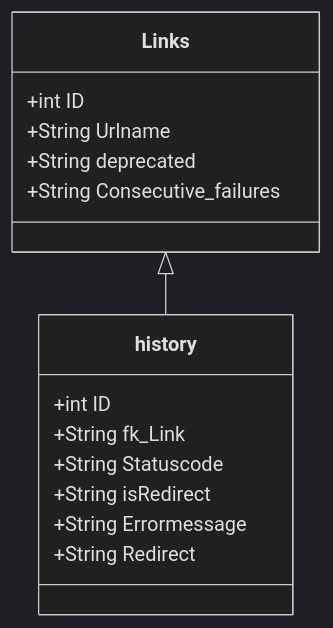
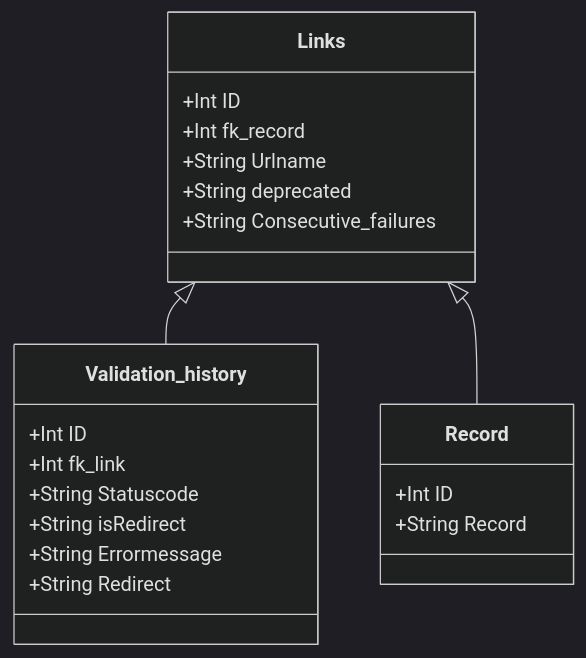
Before and after one commit to soilwise-he/link-liveliness-assessment: the second of 2 diagrams in design/linkchecker.md, drawn with Mermaid (dark theme). The commit also changed other lines of this file, not shown here.

````diff
--- a/design/linkchecker.md
+++ b/design/linkchecker.md
@@ -93,17 +93,22 @@
 ```mermaid
 classDiagram
-    Links <|-- history
-    Links : +int ID
+    Links <|-- Validation_history
+    Links <|-- Record
+    Links : +Int ID
+    Links : +Int fk_record
     Links : +String Urlname
     Links : +String deprecated
     Links : +String Consecutive_failures
-    class history{
-      +int ID
-      +String fk_Link
+    class Record{
+    +Int ID
+    +String Record
+    }
+    class Validation_history{
+      +Int ID
+      +Int fk_link
       +String Statuscode
      +String isRedirect
      +String Errormessage
      +String Redirect
     }
-
 ```
````
